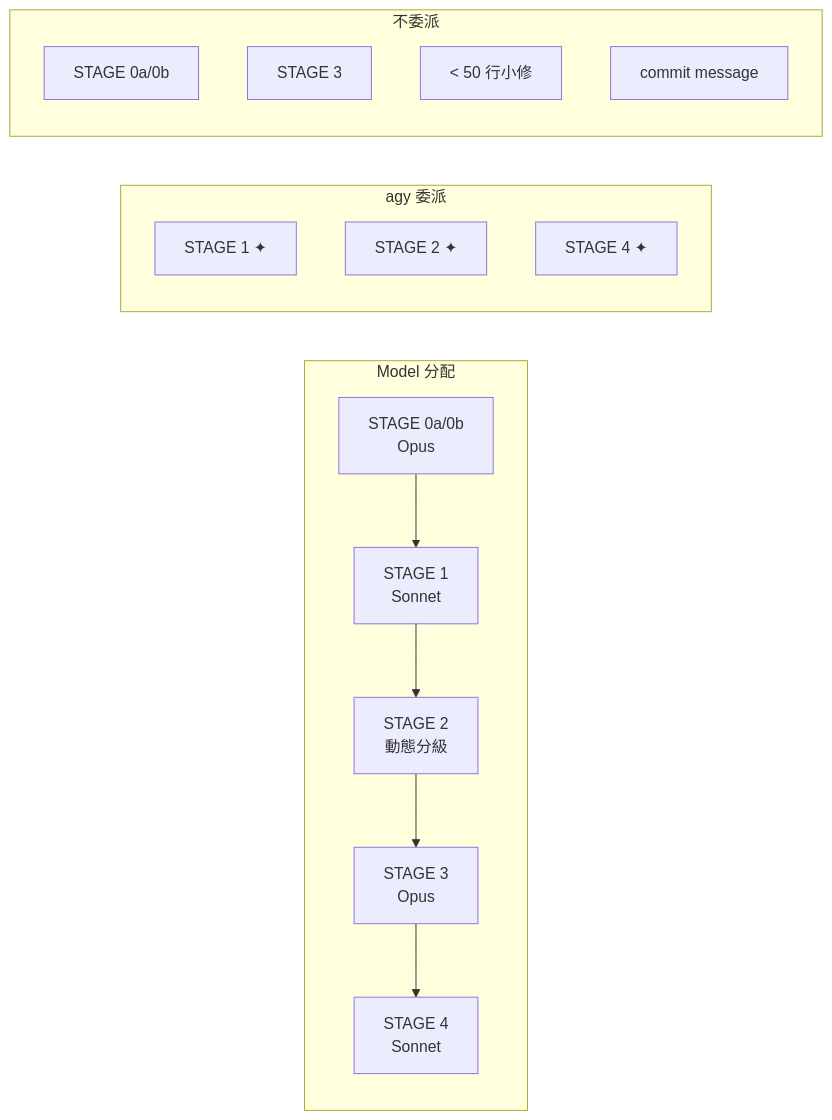
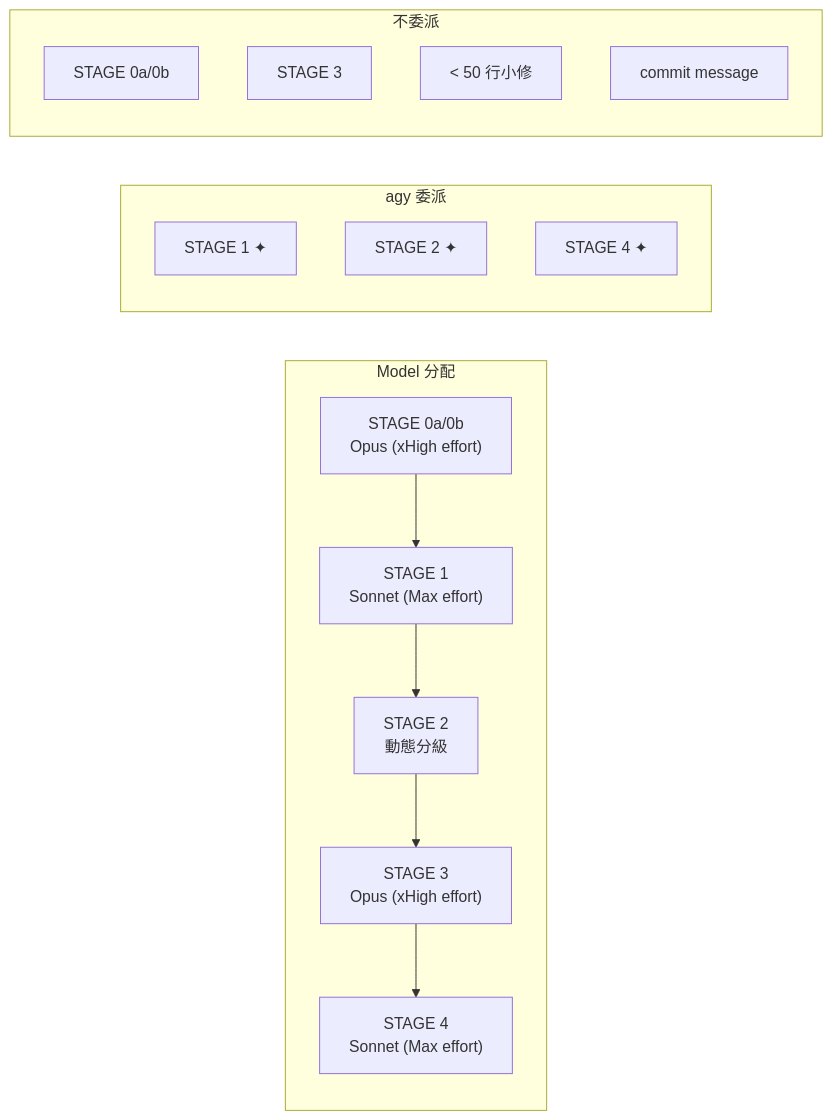
One commit to Yomiamy/AI-Chat changed the diagram in docs/features/2026-05-31-gen-dev-workflow-analysis.md. Above: the diagram before and after it, drawn with Mermaid. The commit also changed other lines of this file and 1 other file, not shown here.

````diff
--- a/docs/features/2026-05-31-gen-dev-workflow-analysis.md
+++ b/docs/features/2026-05-31-gen-dev-workflow-analysis.md
@@ -160,22 +160,22 @@
 ```mermaid
 graph LR
     subgraph "Model 分配"
-        A["STAGE 0a/0b<br/>Opus"] --> B["STAGE 1<br/>Sonnet"]
+        A["STAGE 0a/0b<br/>Opus (xHigh effort)"] --> B["STAGE 1<br/>Sonnet (Max effort)"]
         B --> C["STAGE 2<br/>動態分級"]
-        C --> D["STAGE 3<br/>Opus"]
-        D --> E["STAGE 4<br/>Sonnet"]
+        C --> D["STAGE 3<br/>Opus (xHigh effort)"]
+        D --> E["STAGE 4<br/>Sonnet (Max effort)"]
     end
 
     subgraph "agy 委派"
         B2["STAGE 1 ✦"] 
         C2["STAGE 2 ✦"]
         E2["STAGE 4 ✦"]
     end
 
     subgraph "不委派"
         A2["STAGE 0a/0b"]
         D2["STAGE 3"]
         F2["< 50 行小修"]
         G2["commit message"]
     end
 ```
````
